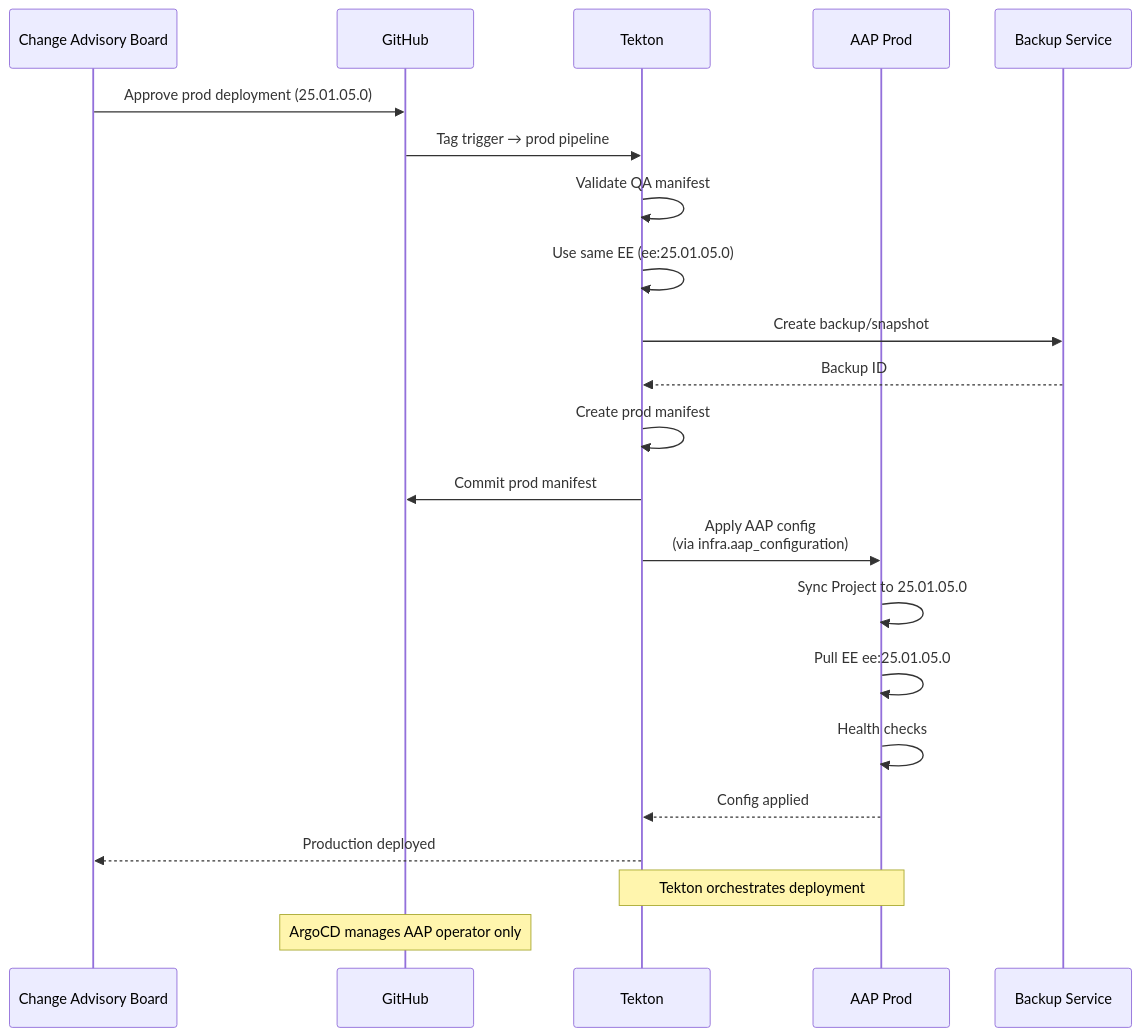
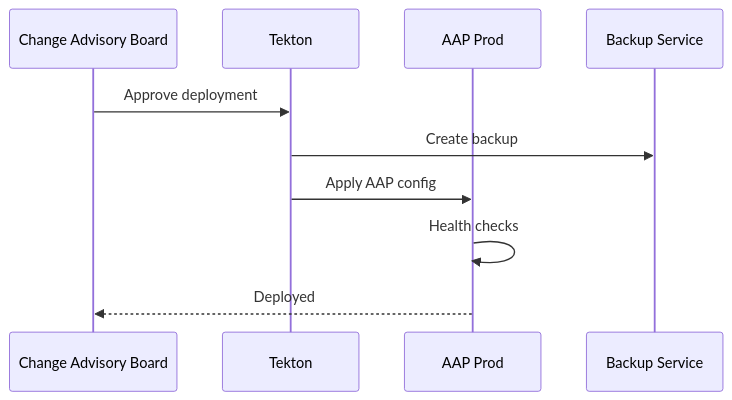
Before and after one commit to djdanielsson/rh1-docs: the fifth of 6 diagrams in docs/diagrams/PROMOTION-FLOW.md, drawn with Mermaid. The commit also changed other lines of this file and 20 other files, not shown here.

````diff
--- a/docs/diagrams/PROMOTION-FLOW.md
+++ b/docs/diagrams/PROMOTION-FLOW.md
@@ -312,28 +120,13 @@
 ```mermaid
 sequenceDiagram
     participant CAB as Change Advisory Board
-    participant GH as GitHub
     participant Tek as Tekton
     participant AAP_P as AAP Prod
     participant Backup as Backup Service
 
-    CAB->>GH: Approve prod deployment (25.01.05.0)
-    GH->>Tek: Tag trigger → prod pipeline
-
-    Tek->>Tek: Validate QA manifest
-    Tek->>Tek: Use same EE (ee:25.01.05.0)
-    Tek->>Backup: Create backup/snapshot
-    Backup-->>Tek: Backup ID
-    Tek->>Tek: Create prod manifest
-    Tek->>GH: Commit prod manifest
-
-    Tek->>AAP_P: Apply AAP config<br/>(via infra.aap_configuration)
-    AAP_P->>AAP_P: Sync Project to 25.01.05.0
-    AAP_P->>AAP_P: Pull EE ee:25.01.05.0
+    CAB->>Tek: Approve deployment
+    Tek->>Backup: Create backup
+    Tek->>AAP_P: Apply AAP config
     AAP_P->>AAP_P: Health checks
-    AAP_P-->>Tek: Config applied
-    Tek-->>CAB: Production deployed
-
-    Note over Tek,AAP_P: Tekton orchestrates deployment
-    Note over GH: ArgoCD manages AAP operator only
+    AAP_P-->>CAB: Deployed
 ```
````
